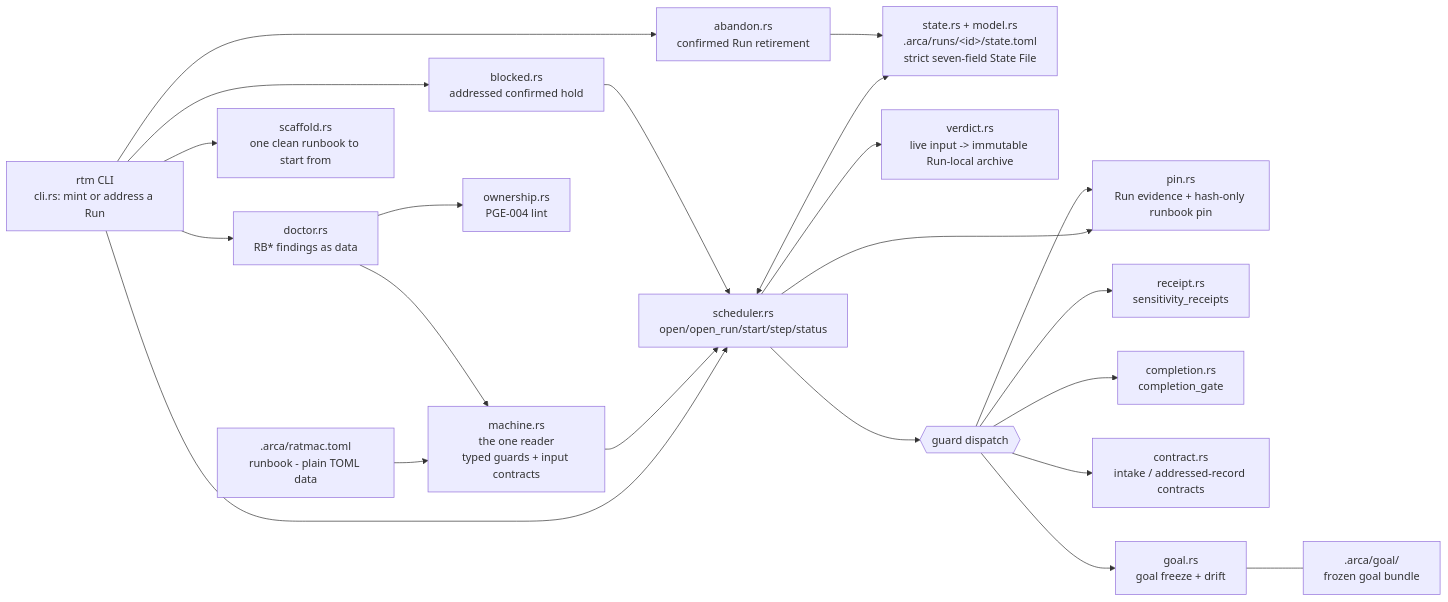
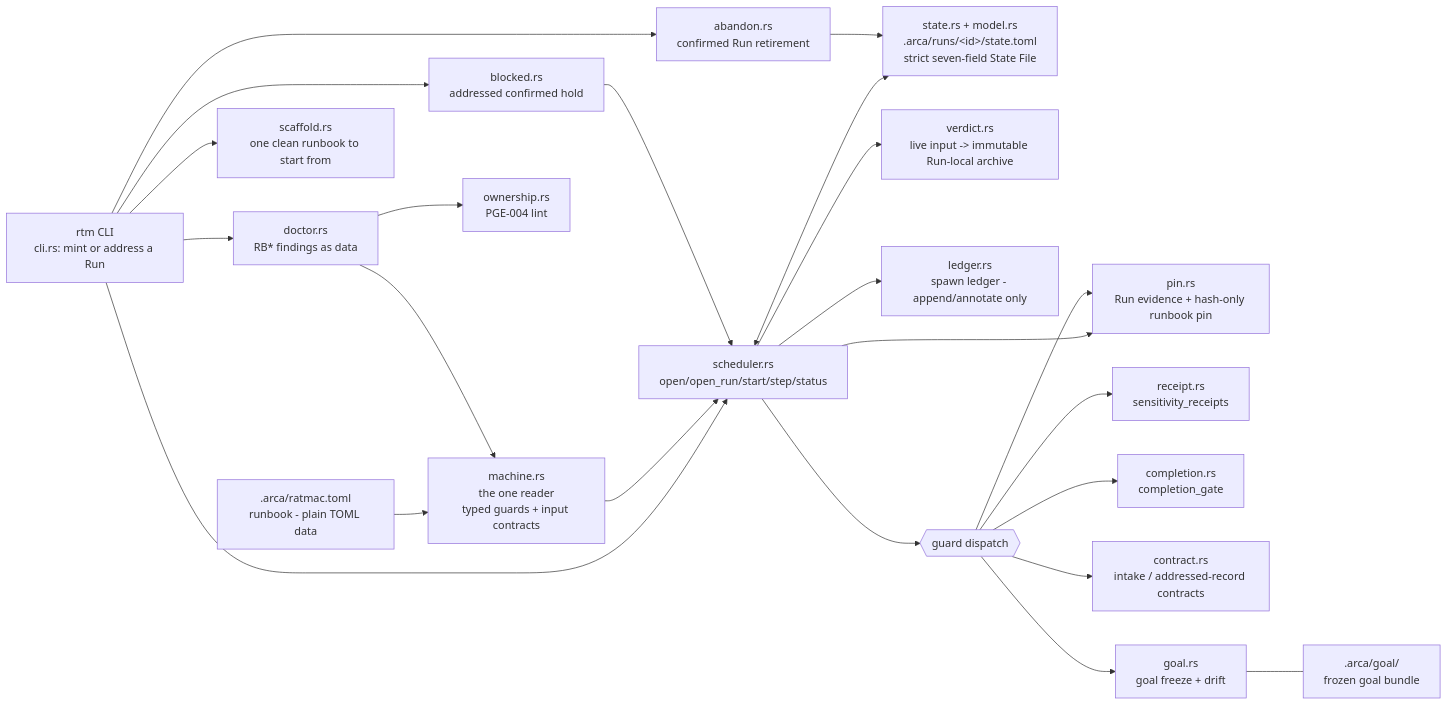
The diagram in .arca/index.md (egoisth777/ratmac), drawn with Mermaid before and after one commit. The commit also changed other lines of this file and 19 other files, not shown here.

````diff
--- a/.arca/index.md
+++ b/.arca/index.md
@@ -33,24 +33,25 @@
 ```mermaid
 flowchart LR
     CLI["rtm CLI<br/>cli.rs: mint or address a Run"] --> SCH["scheduler.rs<br/>open/open_run/start/step/status"]
     RB[".arca/ratmac.toml<br/>runbook - plain TOML data"] --> MC["machine.rs<br/>the one reader<br/>typed guards + input contracts"]
     MC --> SCH
     SCH <--> ST["state.rs + model.rs<br/>.arca/runs/&lt;id&gt;/state.toml<br/>strict seven-field State File"]
     SCH --> PIN["pin.rs<br/>Run evidence + hash-only runbook pin"]
     SCH --> VER["verdict.rs<br/>live input -> immutable Run-local archive"]
+    SCH --> LED["ledger.rs<br/>spawn ledger - append/annotate only"]
     SCH --> G{{guard dispatch}}
     G --> PIN
     G --> REC["receipt.rs<br/>sensitivity_receipts"]
     G --> COM["completion.rs<br/>completion_gate"]
     G --> CON["contract.rs<br/>intake / addressed-record contracts"]
     G --> GOL["goal.rs<br/>goal freeze + drift"]
     CLI --> HLD["blocked.rs<br/>addressed confirmed hold"]
     HLD --> SCH
     CLI --> ABN["abandon.rs<br/>confirmed Run retirement"]
     ABN --> ST
     GOL --- GB[".arca/goal/<br/>frozen goal bundle"]
     CLI --> DOC["doctor.rs<br/>RB* findings as data"]
     CLI --> SCA["scaffold.rs<br/>one clean runbook to start from"]
     DOC --> MC
     DOC --> OWN["ownership.rs<br/>PGE-004 lint"]
 ```
````
